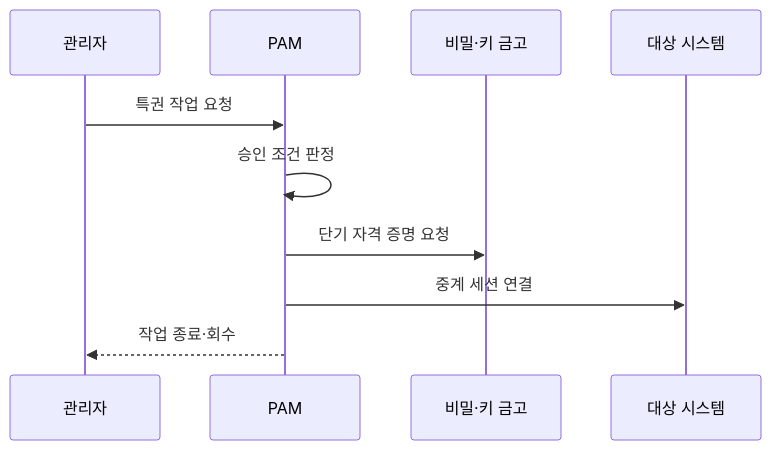
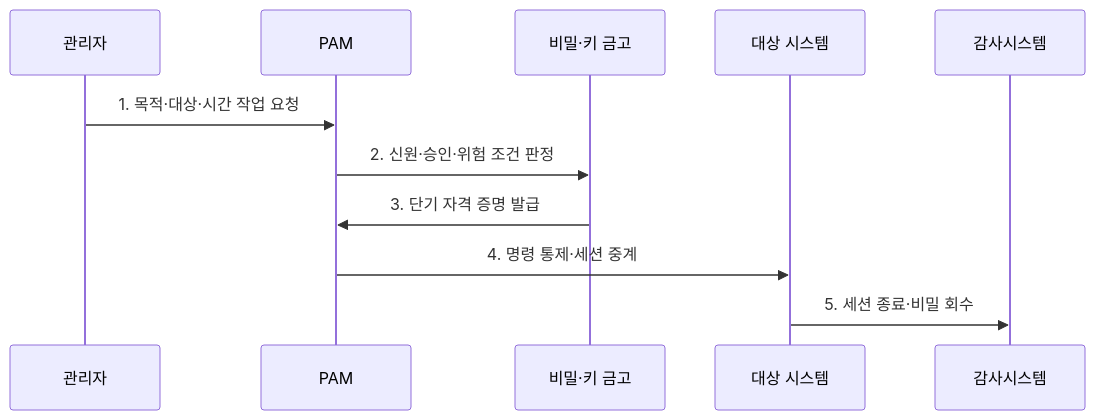
The second of 2 diagrams in src/content/docs/notes/05-security/062_pam.md (agnusdei1207/knowledge-base), drawn with Mermaid before and after one commit. The commit also changed other lines of this file and 5 other files, not shown here.

````diff
--- a/src/content/docs/notes/05-security/062_pam.md
+++ b/src/content/docs/notes/05-security/062_pam.md
@@ -87,12 +84,13 @@
 ```mermaid
 sequenceDiagram
     participant A as 관리자
     participant P as PAM
     participant V as 비밀·키 금고
     participant S as 대상 시스템
-    A->>P: 특권 작업 요청
-    P->>P: 승인 조건 판정
-    P->>V: 단기 자격 증명 요청
-    P->>S: 중계 세션 연결
-    P-->>A: 작업 종료·회수
+    participant 감사시스템
+    A->>P: 1. 목적·대상·시간 작업 요청
+    P->>V: 2. 신원·승인·위험 조건 판정
+    V->>P: 3. 단기 자격 증명 발급
+    P->>S: 4. 명령 통제·세션 중계
+    S->>감사시스템: 5. 세션 종료·비밀 회수
 ```
````
